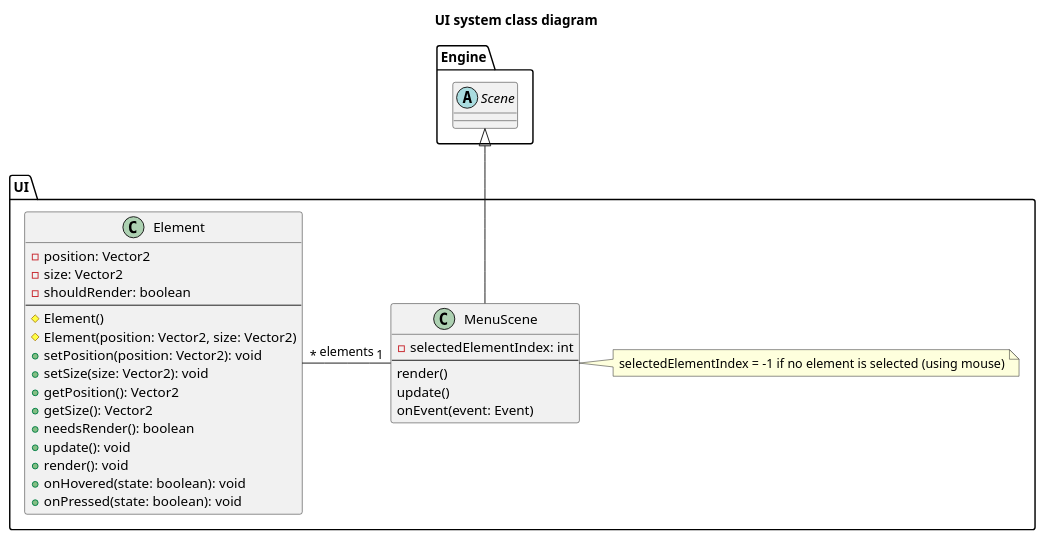
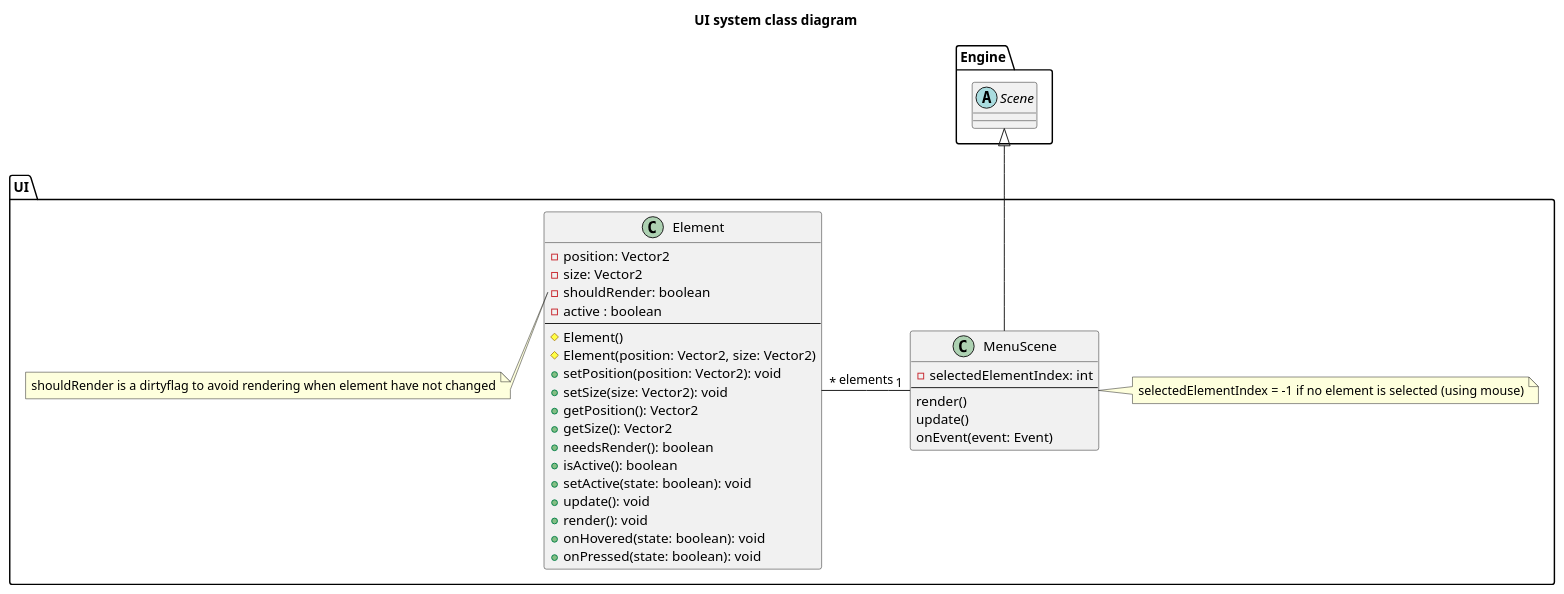
Before and after one commit to toxicbloud/ACL-2023-MazeOfMadness: the diagram in sprints/sprint1/diagrammes/UI.puml, drawn with PlantUML.

Commit message:
add active members in Element

```diff
--- a/sprints/sprint1/diagrammes/UI.puml
+++ b/sprints/sprint1/diagrammes/UI.puml
@@ -1,40 +1,46 @@
 @startuml
 title UI system class diagram
 
 package UI {
     class Element {
         - position: Vector2
         - size: Vector2
         - shouldRender: boolean
+        - active : boolean
         ---
         # Element()
         # Element(position: Vector2, size: Vector2)
         + setPosition(position: Vector2): void
         + setSize(size: Vector2): void
         + getPosition(): Vector2
         + getSize(): Vector2
         + needsRender(): boolean
+        + isActive(): boolean
+        + setActive(state: boolean): void
         + update(): void
         + render(): void
         + onHovered(state: boolean): void
         + onPressed(state: boolean): void
     }
+    note left of Element::shouldRender
+        shouldRender is a dirtyflag to avoid rendering when element have not changed
+    end note
 
     class MenuScene {
         - selectedElementIndex: int
         ---
         render()
         update()
         onEvent(event: Event)
     }
     note right: selectedElementIndex = -1 if no element is selected (using mouse)
 }
 
 package Engine {
     abstract Scene
 }
 
 MenuScene -up-|> Scene
 Element "*" -right- "1" MenuScene: elements
 
 @enduml
```
